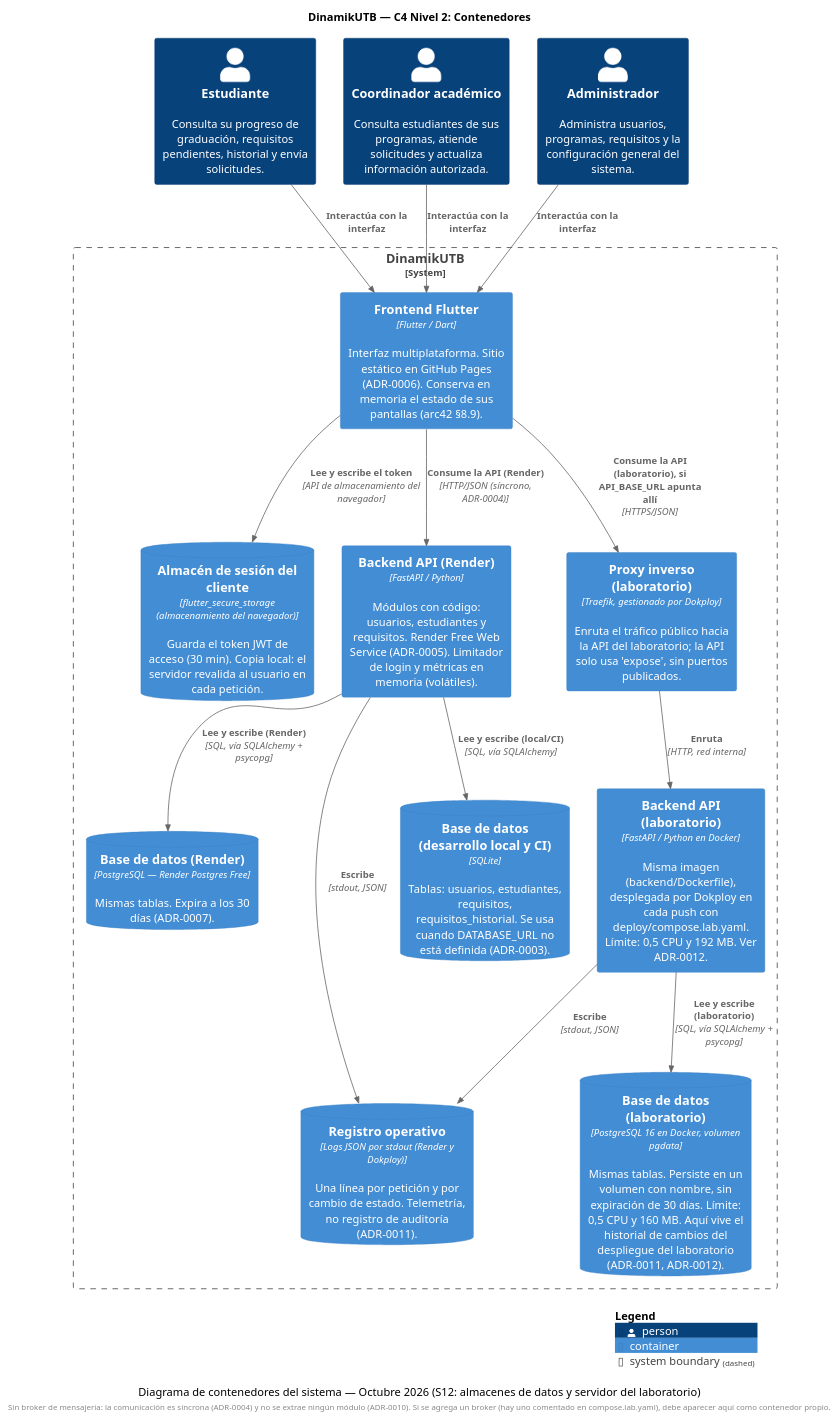
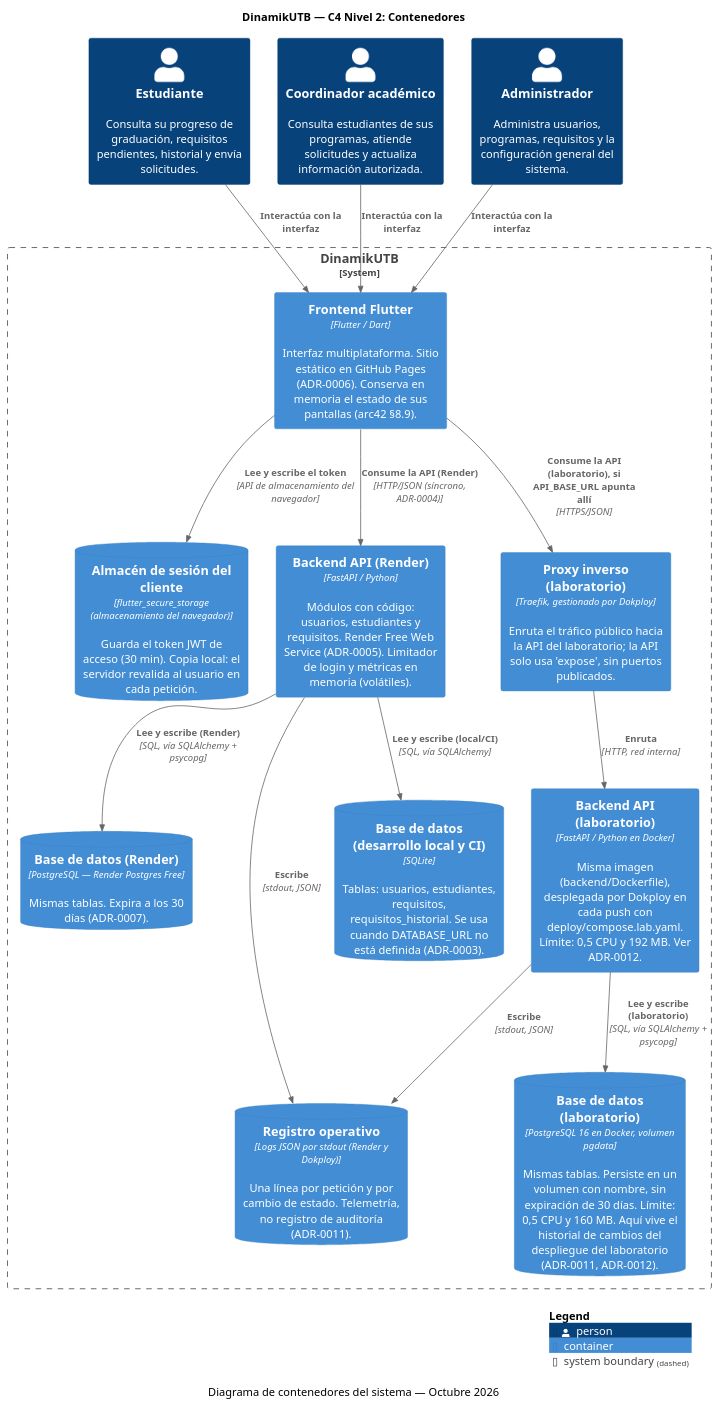
The diagram in docs/c4/contenedores.puml (ISCOUTB/AS_202620_DinamikUTB), drawn with PlantUML before and after one commit.

```diff
--- a/docs/c4/contenedores.puml
+++ b/docs/c4/contenedores.puml
@@ -1,42 +1,40 @@
 @startuml
 !include https://raw.githubusercontent.com/plantuml-stdlib/C4-PlantUML/master/C4_Container.puml
 
 title DinamikUTB — C4 Nivel 2: Contenedores
-caption Diagrama de contenedores del sistema — Octubre 2026 (S12: almacenes de datos y servidor del laboratorio)
+caption Diagrama de contenedores del sistema — Octubre 2026
 
 Person(estudiante, "Estudiante", "Consulta su progreso de graduación, requisitos pendientes, historial y envía solicitudes.")
 Person(coordinador, "Coordinador académico", "Consulta estudiantes de sus programas, atiende solicitudes y actualiza información autorizada.")
 Person(administrador, "Administrador", "Administra usuarios, programas, requisitos y la configuración general del sistema.")
 
 System_Boundary(dinamik, "DinamikUTB") {
     Container(frontend, "Frontend Flutter", "Flutter / Dart", "Interfaz multiplataforma. Sitio estático en GitHub Pages (ADR-0006). Conserva en memoria el estado de sus pantallas (arc42 §8.9).")
     ContainerDb(token_store, "Almacén de sesión del cliente", "flutter_secure_storage (almacenamiento del navegador)", "Guarda el token JWT de acceso (30 min). Copia local: el servidor revalida al usuario en cada petición.")
 
     Container(backend, "Backend API (Render)", "FastAPI / Python", "Módulos con código: usuarios, estudiantes y requisitos. Render Free Web Service (ADR-0005). Limitador de login y métricas en memoria (volátiles).")
     ContainerDb(database_local, "Base de datos (desarrollo local y CI)", "SQLite", "Tablas: usuarios, estudiantes, requisitos, requisitos_historial. Se usa cuando DATABASE_URL no está definida (ADR-0003).")
     ContainerDb(database_prod, "Base de datos (Render)", "PostgreSQL — Render Postgres Free", "Mismas tablas. Expira a los 30 días (ADR-0007).")
 
     Container(proxy, "Proxy inverso (laboratorio)", "Traefik, gestionado por Dokploy", "Enruta el tráfico público hacia la API del laboratorio; la API solo usa 'expose', sin puertos publicados.")
     Container(backend_lab, "Backend API (laboratorio)", "FastAPI / Python en Docker", "Misma imagen (backend/Dockerfile), desplegada por Dokploy en cada push con deploy/compose.lab.yaml. Límite: 0,5 CPU y 192 MB. Ver ADR-0012.")
     ContainerDb(database_lab, "Base de datos (laboratorio)", "PostgreSQL 16 en Docker, volumen pgdata", "Mismas tablas. Persiste en un volumen con nombre, sin expiración de 30 días. Límite: 0,5 CPU y 160 MB. Aquí vive el historial de cambios del despliegue del laboratorio (ADR-0011, ADR-0012).")
 
     ContainerDb(logs, "Registro operativo", "Logs JSON por stdout (Render y Dokploy)", "Una línea por petición y por cambio de estado. Telemetría, no registro de auditoría (ADR-0011).")
 }
 
 Rel(estudiante, frontend, "Interactúa con la interfaz")
 Rel(coordinador, frontend, "Interactúa con la interfaz")
 Rel(administrador, frontend, "Interactúa con la interfaz")
 Rel(frontend, token_store, "Lee y escribe el token", "API de almacenamiento del navegador")
 Rel(frontend, backend, "Consume la API (Render)", "HTTP/JSON (síncrono, ADR-0004)")
 Rel(frontend, proxy, "Consume la API (laboratorio), si API_BASE_URL apunta allí", "HTTPS/JSON")
 Rel(proxy, backend_lab, "Enruta", "HTTP, red interna")
 Rel(backend, database_local, "Lee y escribe (local/CI)", "SQL, vía SQLAlchemy")
 Rel(backend, database_prod, "Lee y escribe (Render)", "SQL, vía SQLAlchemy + psycopg")
 Rel(backend_lab, database_lab, "Lee y escribe (laboratorio)", "SQL, vía SQLAlchemy + psycopg")
 Rel(backend, logs, "Escribe", "stdout, JSON")
 Rel(backend_lab, logs, "Escribe", "stdout, JSON")
 
-footer Sin broker de mensajería: la comunicación es síncrona (ADR-0004) y no se extrae ningún módulo (ADR-0010). Si se agrega un broker (hay uno comentado en compose.lab.yaml), debe aparecer aquí como contenedor propio.
-
 SHOW_LEGEND()
 @enduml
```
